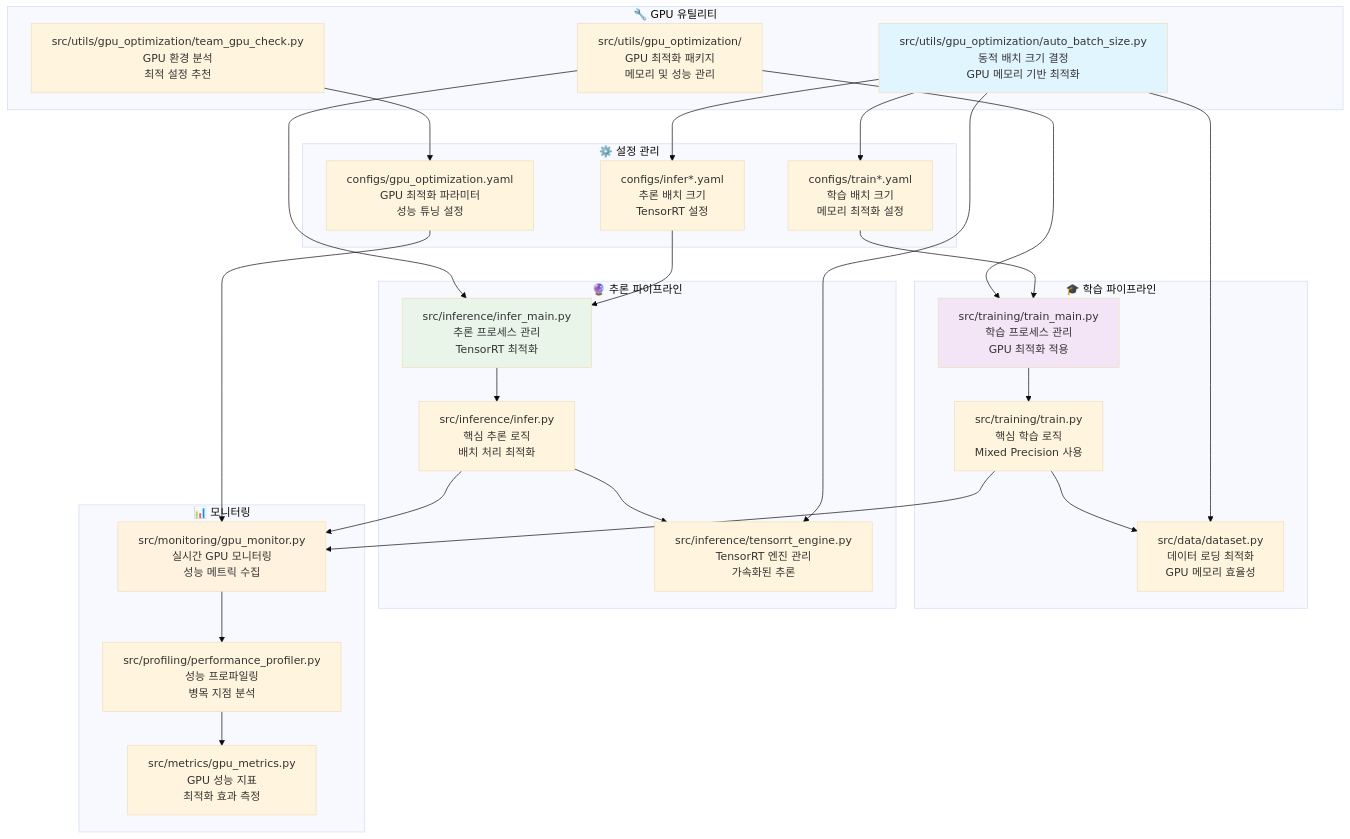
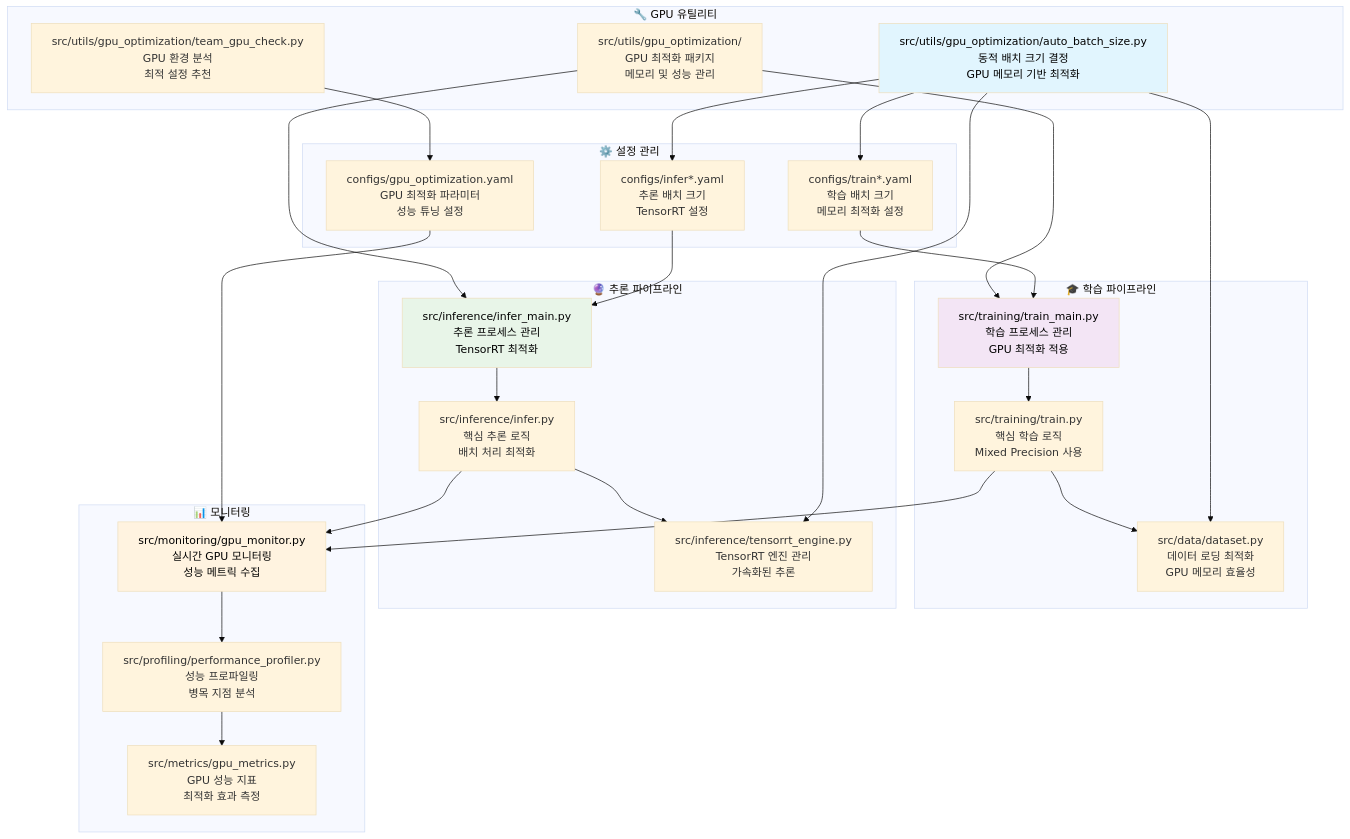
One commit to nimnusmik/CV_documents_classification_competition changed the third of 3 diagrams in docs/최적화/GPU_최적화_가이드.md. Above: the diagram before and after it, drawn with Mermaid (base theme). The commit also changed other lines of this file and 11 other files, not shown here.

Commit message:
docs: mermaid 글자 색상 명확한 검정색으로 수정

````diff
--- a/docs/최적화/GPU_최적화_가이드.md
+++ b/docs/최적화/GPU_최적화_가이드.md
@@ -99,65 +99,65 @@
 ```mermaid
 graph TB
     subgraph "🔧 GPU 유틸리티"
         AUTO_BATCH[src/utils/gpu_optimization/auto_batch_size.py<br/>동적 배치 크기 결정<br/>GPU 메모리 기반 최적화]
         TEAM_CHECK[src/utils/gpu_optimization/team_gpu_check.py<br/>GPU 환경 분석<br/>최적 설정 추천]
         GPU_UTILS[src/utils/gpu_optimization/<br/>GPU 최적화 패키지<br/>메모리 및 성능 관리]
     end
     
     subgraph "⚙️ 설정 관리"
         TRAIN_CONFIG[configs/train*.yaml<br/>학습 배치 크기<br/>메모리 최적화 설정]
         INFER_CONFIG[configs/infer*.yaml<br/>추론 배치 크기<br/>TensorRT 설정]
         OPT_CONFIG[configs/gpu_optimization.yaml<br/>GPU 최적화 파라미터<br/>성능 튜닝 설정]
     end
     
     subgraph "🎓 학습 파이프라인"
         TRAIN_MAIN[src/training/train_main.py<br/>학습 프로세스 관리<br/>GPU 최적화 적용]
         TRAIN[src/training/train.py<br/>핵심 학습 로직<br/>Mixed Precision 사용]
         DATA_LOADER[src/data/dataset.py<br/>데이터 로딩 최적화<br/>GPU 메모리 효율성]
     end
     
     subgraph "🔮 추론 파이프라인"
         INFER_MAIN[src/inference/infer_main.py<br/>추론 프로세스 관리<br/>TensorRT 최적화]
         INFER[src/inference/infer.py<br/>핵심 추론 로직<br/>배치 처리 최적화]
         TRT_ENGINE[src/inference/tensorrt_engine.py<br/>TensorRT 엔진 관리<br/>가속화된 추론]
     end
     
     subgraph "📊 모니터링"
         GPU_MONITOR[src/monitoring/gpu_monitor.py<br/>실시간 GPU 모니터링<br/>성능 메트릭 수집]
         PROFILER[src/profiling/performance_profiler.py<br/>성능 프로파일링<br/>병목 지점 분석]
         METRICS[src/metrics/gpu_metrics.py<br/>GPU 성능 지표<br/>최적화 효과 측정]
     end
     
     %% GPU 유틸리티 연결
     AUTO_BATCH --> TRAIN_CONFIG
     AUTO_BATCH --> INFER_CONFIG
     TEAM_CHECK --> OPT_CONFIG
     GPU_UTILS --> TRAIN_MAIN
     GPU_UTILS --> INFER_MAIN
     
     %% 설정 파일 연결
     TRAIN_CONFIG --> TRAIN_MAIN
     INFER_CONFIG --> INFER_MAIN
     OPT_CONFIG --> GPU_MONITOR
     
     %% 학습 파이프라인 연결
     TRAIN_MAIN --> TRAIN
     TRAIN --> DATA_LOADER
     AUTO_BATCH --> DATA_LOADER
     
     %% 추론 파이프라인 연결
     INFER_MAIN --> INFER
     INFER --> TRT_ENGINE
     AUTO_BATCH --> TRT_ENGINE
     
     %% 모니터링 연결
     TRAIN --> GPU_MONITOR
     INFER --> GPU_MONITOR
     GPU_MONITOR --> PROFILER
     PROFILER --> METRICS
     
-    style AUTO_BATCH fill:#e1f5fe
-    style TRAIN_MAIN fill:#f3e5f5
-    style INFER_MAIN fill:#e8f5e8
-    style GPU_MONITOR fill:#fff3e0
+    style AUTO_BATCH fill:#e1f5fe, color:#000000
+    style TRAIN_MAIN fill:#f3e5f5, color:#000000
+    style INFER_MAIN fill:#e8f5e8, color:#000000
+    style GPU_MONITOR fill:#fff3e0, color:#000000
 ```
````
